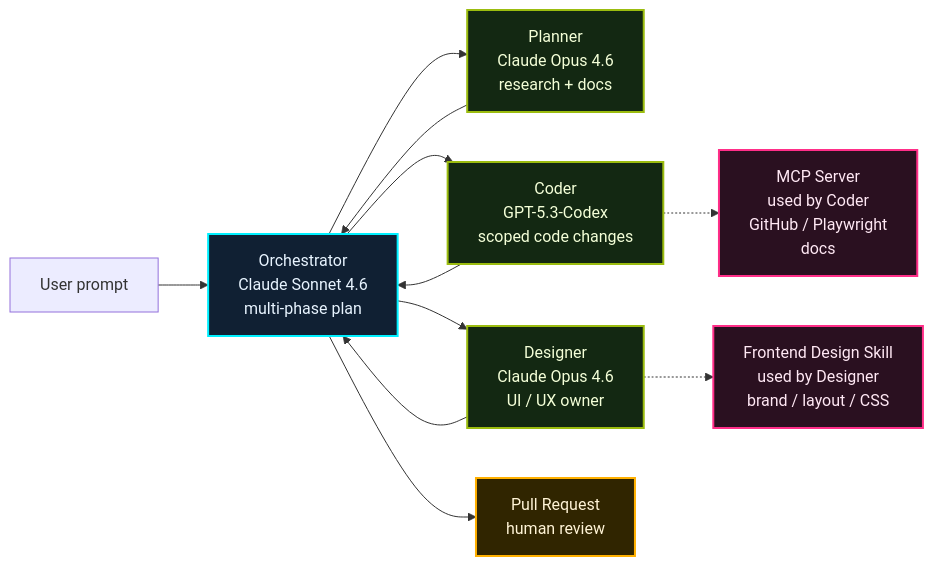
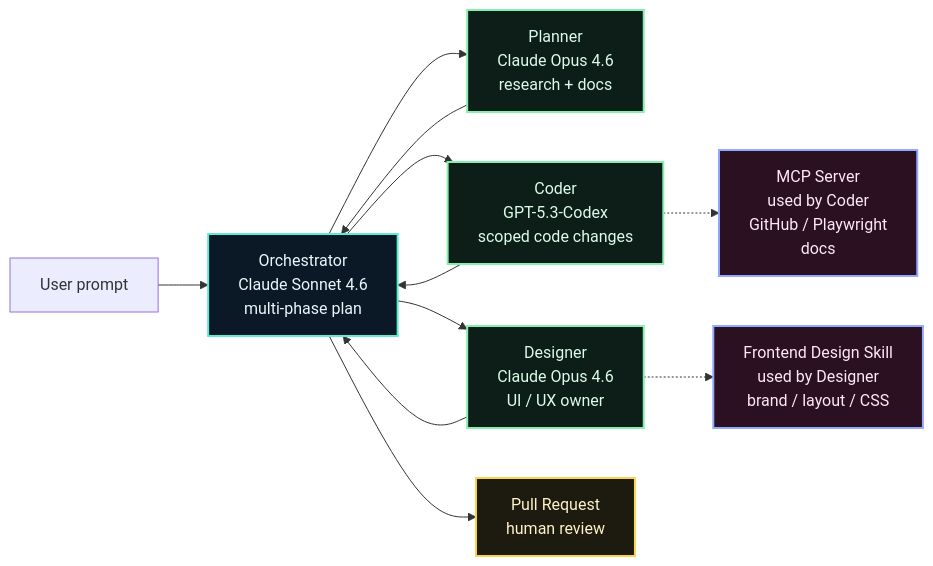
One commit to theomonfort/theomonfort changed the third of 3 diagrams in src/content/playbook/en/harness-engineering.md. Above: the diagram before and after it, drawn with Mermaid. The commit also changed other lines of this file and 607 other files, not shown here.

````diff
--- a/src/content/playbook/en/harness-engineering.md
+++ b/src/content/playbook/en/harness-engineering.md
@@ -236,25 +236,25 @@
 ```mermaid
 flowchart LR
   User[User prompt] --> O[Orchestrator<br/>Claude Sonnet 4.6<br/>multi-phase plan]
 
   O --> P[Planner<br/>Claude Opus 4.6<br/>research + docs]
   O --> C[Coder<br/>GPT-5.3-Codex<br/>scoped code changes]
   O --> D[Designer<br/>Claude Opus 4.6<br/>UI / UX owner]
 
   D -.-> S[Frontend Design Skill<br/>used by Designer<br/>brand / layout / CSS]
   C -.-> M[MCP Server<br/>used by Coder<br/>GitHub / Playwright<br/>docs]
 
   P --> O
   C --> O
   D --> O
   O --> R[Pull Request<br/>human review]
 
-  classDef host fill:#102033,stroke:#00f0ff,color:#e8f4ff,stroke-width:2px;
-  classDef agent fill:#132812,stroke:#9bbc0f,color:#f4ffd8,stroke-width:2px;
-  classDef harness fill:#2a1020,stroke:#ff2e88,color:#ffe8f4,stroke-width:2px;
-  classDef ship fill:#302500,stroke:#ffb000,color:#fff4d6,stroke-width:2px;
+  classDef host fill:#0b1826,stroke:#5eead4,color:#ecf7fb,stroke-width:2px;
+  classDef agent fill:#0d1e18,stroke:#86efac,color:#dcfce7,stroke-width:2px;
+  classDef harness fill:#2a1020,stroke:#93a8ff,color:#ffe8f4,stroke-width:2px;
+  classDef ship fill:#1d1a10,stroke:#fcd34d,color:#fef3c7,stroke-width:2px;
   class O host;
   class P,C,D agent;
   class S,M harness;
   class R ship;
 ```
````
